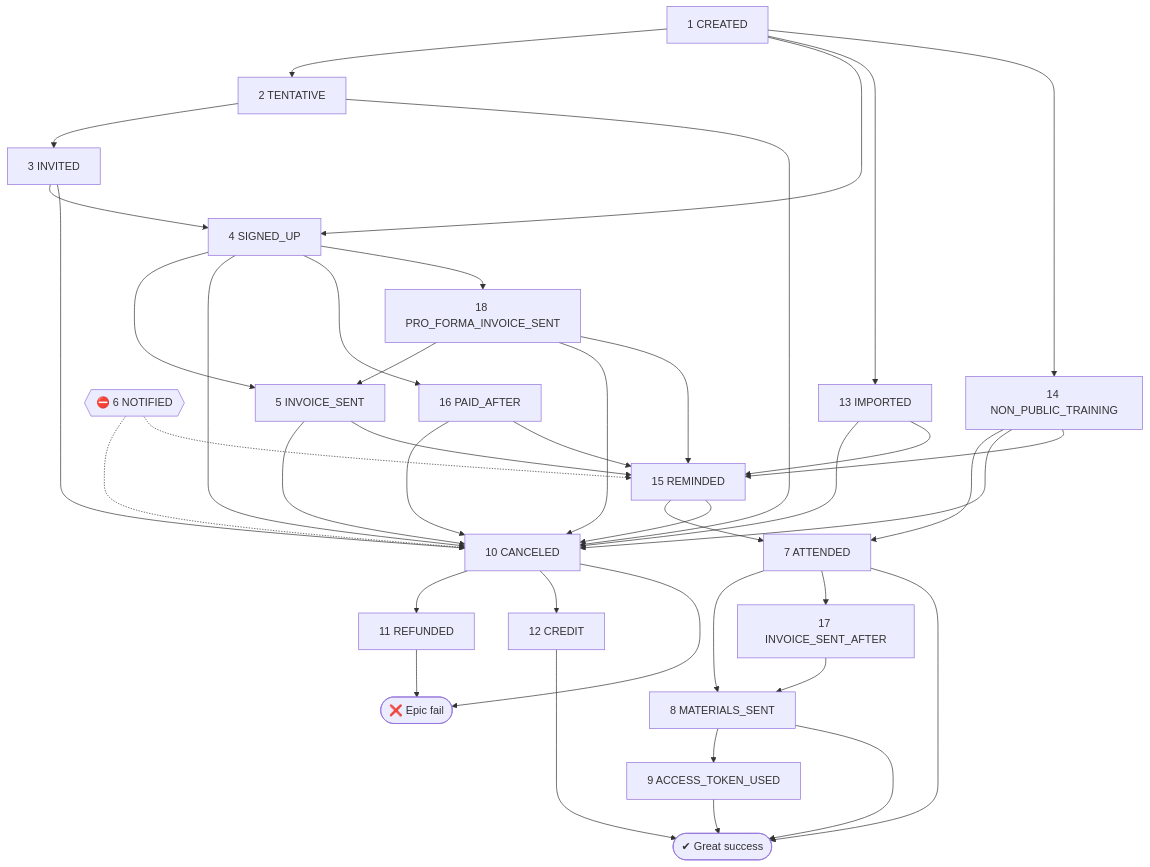
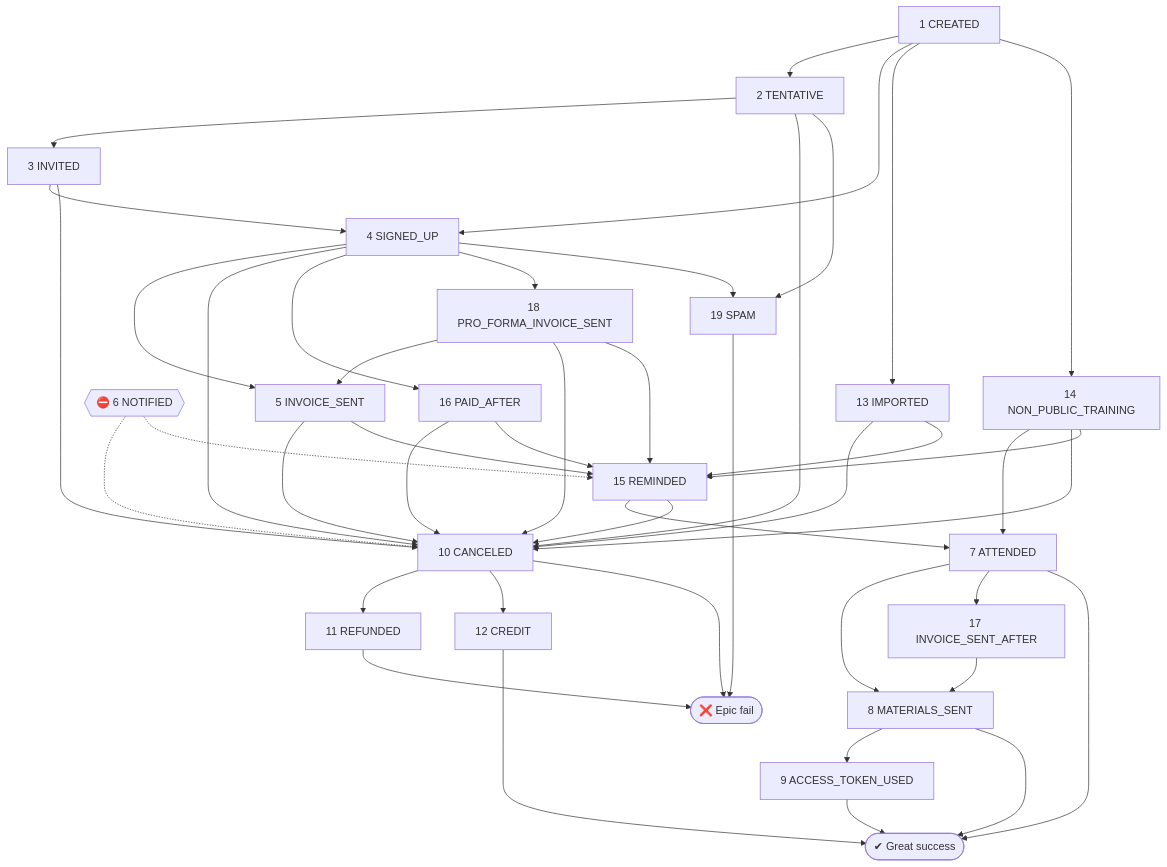
One commit to spaze/michalspacek.cz changed the diagram in docs/training_application_flow.md. Above: the diagram before and after it, drawn with Mermaid. The commit also changed 3 other files, not shown here.

````diff
--- a/docs/training_application_flow.md
+++ b/docs/training_application_flow.md
@@ -1,43 +1,46 @@
 ```mermaid
 flowchart TD
 	1[1 CREATED]-->2
 	1-->4
 	1-->13
 	1-->14
 	2[2 TENTATIVE]-->3
 	2-->10
+	2-->19
 	3[3 INVITED]-->4
 	3-->10
 	4[4 SIGNED_UP]-->5
 	4-->10
 	4-->16
 	4-->18
+	4-->19
 	5[5 INVOICE_SENT]-->10
 	5-->15
 	6{{"⛔ 6 NOTIFIED"}}-.->10
 	6-.->15
 	7[7 ATTENDED]-->8
 	7-->17
 	7-->SUCCESS(["✔ Great success"])
 	8[8 MATERIALS_SENT]-->9
 	8-->SUCCESS
 	9[9 ACCESS_TOKEN_USED]-->SUCCESS
 	10[10 CANCELED]-->11
 	10-->12
 	10-->FAIL(["❌ Epic fail"])
 	11[11 REFUNDED]-->FAIL
 	12[12 CREDIT]-->SUCCESS
 	13[13 IMPORTED]-->10
 	13-->15
 	14[14 NON_PUBLIC_TRAINING]-->7
 	14-->10
 	14-->15
 	15[15 REMINDED]-->7
 	15-->10
 	16[16 PAID_AFTER]-->10
 	16-->15
 	17[17 INVOICE_SENT_AFTER]-->8
 	18[18 PRO_FORMA_INVOICE_SENT]-->5
 	18-->10
 	18-->15
+	19[19 SPAM]-->FAIL
 ```
````
